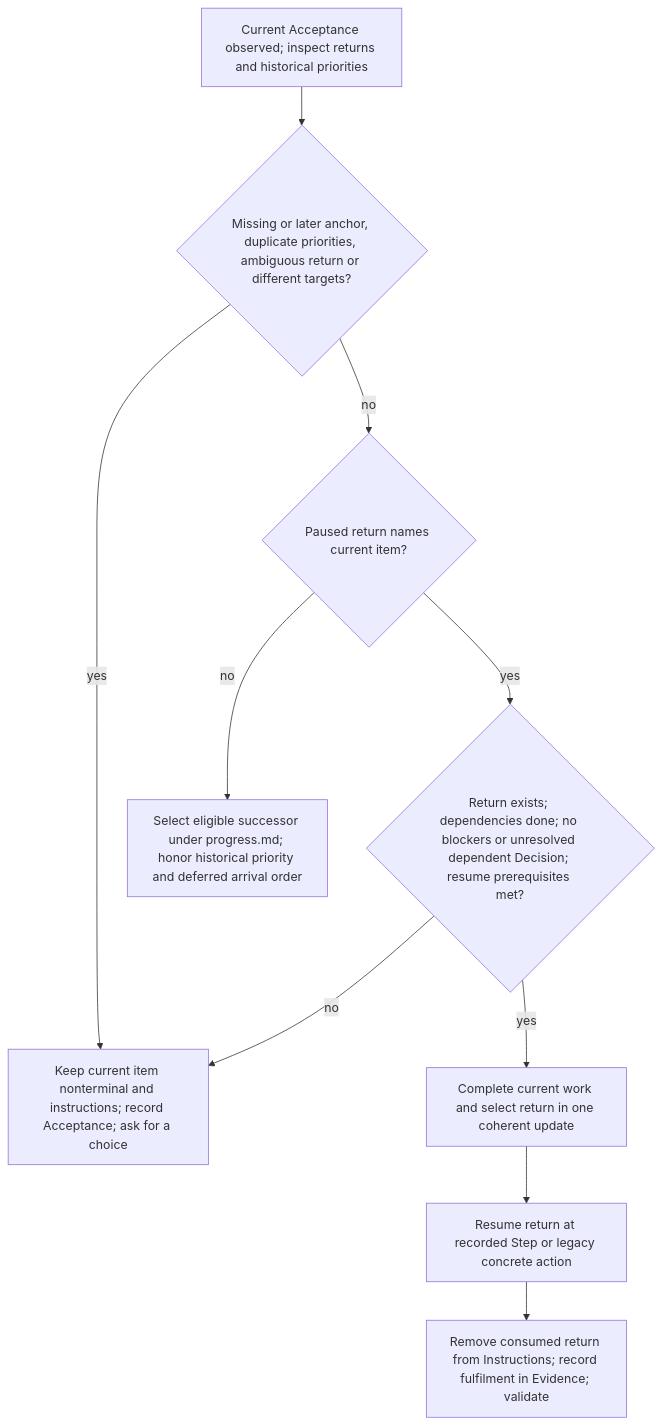
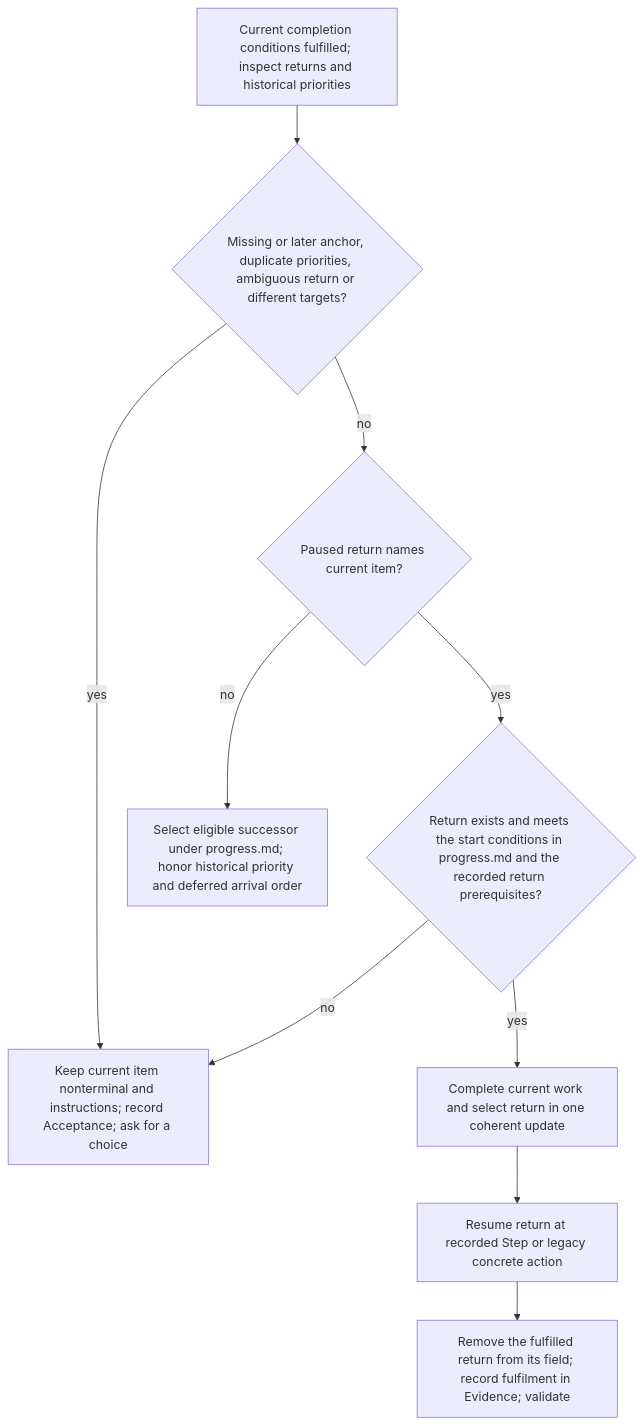
Before and after one commit to benjaminstelzer/scoville-suite: the diagram in members/scoville-plan/scoville-plan/references/native-project-lifecycle.md, drawn with Mermaid. The commit also changed other lines of this file and 152 other files, not shown here.

````diff
--- a/members/scoville-plan/scoville-plan/references/native-project-lifecycle.md
+++ b/members/scoville-plan/scoville-plan/references/native-project-lifecycle.md
@@ -181,12 +194,12 @@
 ```mermaid
 flowchart TD
-  inspect["Current Acceptance observed; inspect returns and historical priorities"] --> conflict{"Missing or later anchor, duplicate priorities, ambiguous return or different targets?"}
+  inspect["Current completion conditions fulfilled; inspect returns and historical priorities"] --> conflict{"Missing or later anchor, duplicate priorities, ambiguous return or different targets?"}
   conflict -->|yes| ask["Keep current item nonterminal and instructions; record Acceptance; ask for a choice"]
   conflict -->|no| has_return{"Paused return names current item?"}
   has_return -->|no| normal["Select eligible successor under progress.md; honor historical priority and deferred arrival order"]
-  has_return -->|yes| ready{"Return exists; dependencies done; no blockers or unresolved dependent Decision; resume prerequisites met?"}
+  has_return -->|yes| ready{"Return exists and meets the start conditions in progress.md and the recorded return prerequisites?"}
   ready -->|no| ask
   ready -->|yes| complete["Complete current work and select return in one coherent update"]
   complete --> resume["Resume return at recorded Step or legacy concrete action"]
-  resume --> consume["Remove consumed return from Instructions; record fulfilment in Evidence; validate"]
+  resume --> consume["Remove the fulfilled return from its field; record fulfilment in Evidence; validate"]
 ```
````
